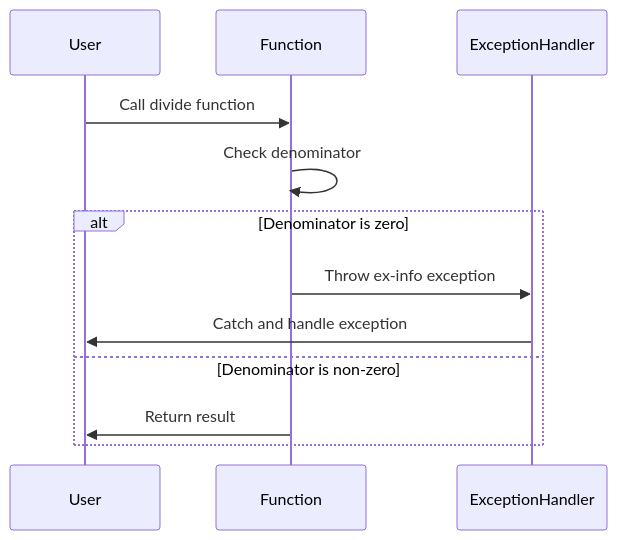
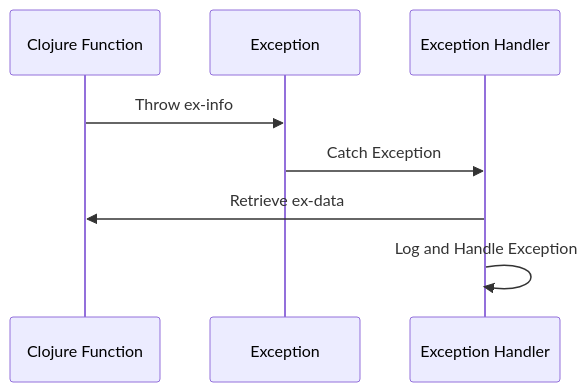
Before and after one commit to MasteryEducation/ClojureForJava.com: the diagram in content/3/9/2/index.md, drawn with Mermaid. The commit also changed other lines of this file and 74 other files, not shown here.

````diff
--- a/content/3/9/2/index.md
+++ b/content/3/9/2/index.md
@@ -147,15 +138,10 @@
 ```mermaid
 sequenceDiagram
-    participant User
-    participant Function
-    participant ExceptionHandler
-
-    User->>Function: Call divide function
-    Function->>Function: Check denominator
-    alt Denominator is zero
-        Function->>ExceptionHandler: Throw ex-info exception
-        ExceptionHandler->>User: Catch and handle exception
-    else Denominator is non-zero
-        Function->>User: Return result
-    end
+    participant C as Clojure Function
+    participant E as Exception
+    participant H as Exception Handler
+    C->>E: Throw ex-info
+    E->>H: Catch Exception
+    H->>C: Retrieve ex-data
+    H->>H: Log and Handle Exception
 ```
````
